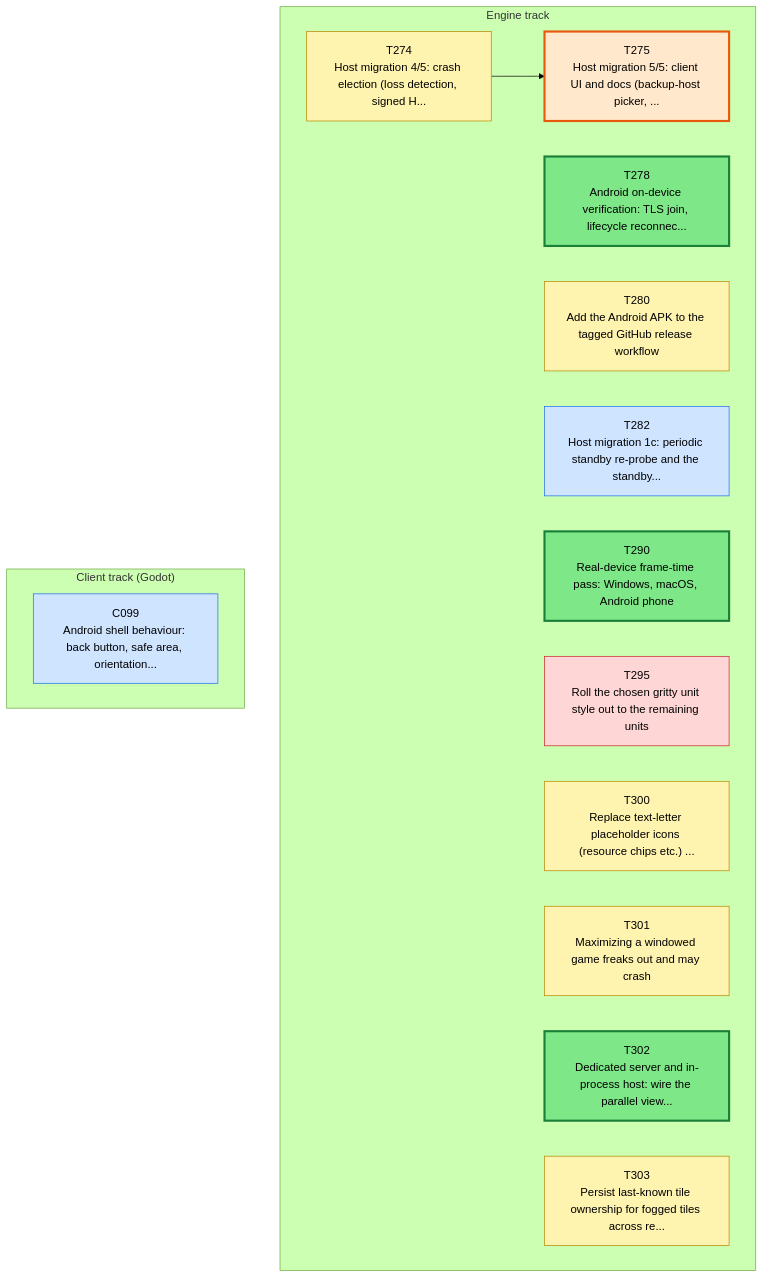
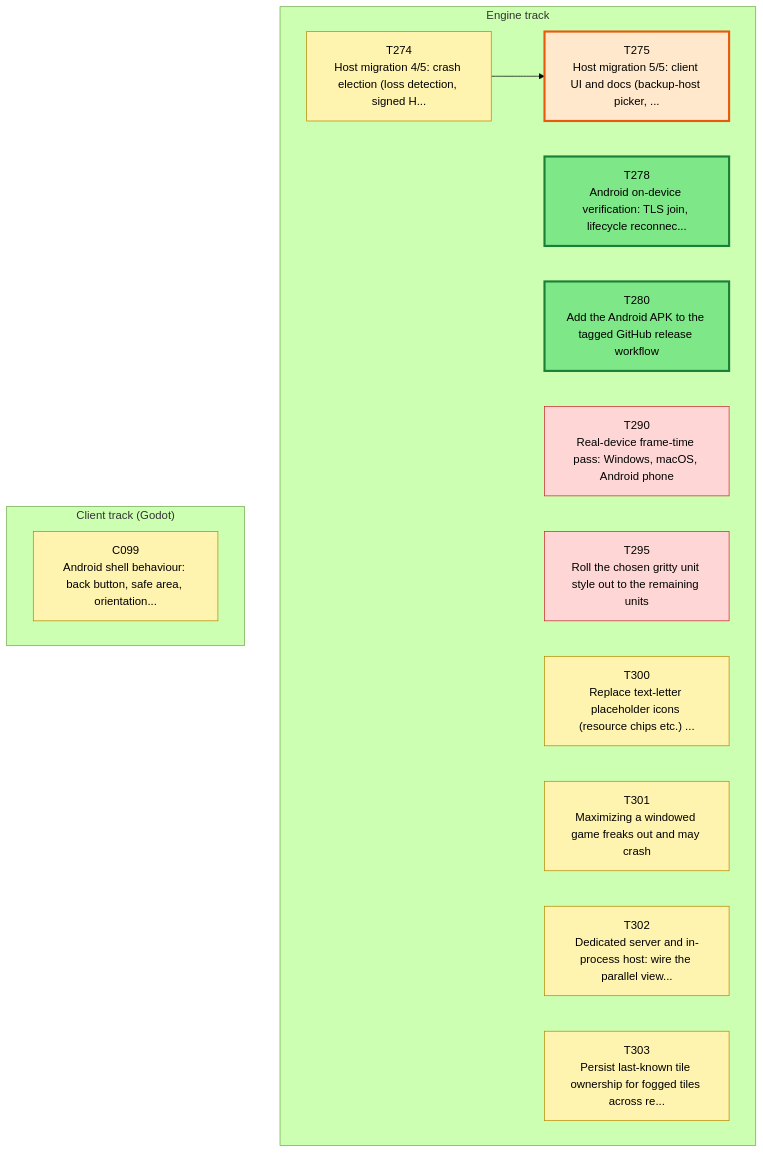
The first of 3 diagrams in csharp/migration/DEPENDENCY_MAP.md (Kenmura/Unciv), drawn with Mermaid (forest theme) before and after one commit. The commit also changed other lines of this file and 1 other file, not shown here.

Commit message:
migration: review T282 pass [Claude]

````diff
--- a/csharp/migration/DEPENDENCY_MAP.md
+++ b/csharp/migration/DEPENDENCY_MAP.md
@@ -35,39 +35,37 @@
 ```mermaid
 flowchart TD
   subgraph TTRACK["Engine track"]
     T274["T274<br/>Host migration 4/5: crash election (loss detection, signed H..."]
     T275["T275<br/>Host migration 5/5: client UI and docs (backup-host picker, ..."]
     T278["T278<br/>Android on-device verification: TLS join, lifecycle reconnec..."]
     T280["T280<br/>Add the Android APK to the tagged GitHub release workflow"]
-    T282["T282<br/>Host migration 1c: periodic standby re-probe and the standby..."]
     T290["T290<br/>Real-device frame-time pass: Windows, macOS, Android phone"]
     T295["T295<br/>Roll the chosen gritty unit style out to the remaining units"]
     T300["T300<br/>Replace text-letter placeholder icons (resource chips etc.) ..."]
     T301["T301<br/>Maximizing a windowed game freaks out and may crash"]
     T302["T302<br/>Dedicated server and in-process host: wire the parallel view..."]
     T303["T303<br/>Persist last-known tile ownership for fogged tiles across re..."]
   end
   subgraph CTRACK["Client track (Godot)"]
     C099["C099<br/>Android shell behaviour: back button, safe area, orientation..."]
   end
   T274 --> T275
   classDef waiting fill:#f3faf3,stroke:#9bc49b,color:#555,stroke-dasharray:2 2
   classDef ondeck fill:#ffe8cc,stroke:#e8590c,stroke-width:3px,color:#000
   classDef ready fill:#7ee787,stroke:#1a7f37,stroke-width:3px,color:#000
   classDef prog fill:#fff3b0,stroke:#b58900,color:#000
   classDef review fill:#cfe4ff,stroke:#1f6feb,color:#000
   classDef blocked fill:#ffd6d6,stroke:#c62828,color:#000
   classDef done fill:#eeeeee,stroke:#999999,color:#666,stroke-dasharray:4 3
-  class C099 review
+  class C099 prog
   class T274 prog
   class T275 ondeck
   class T278 ready
-  class T280 prog
-  class T282 review
-  class T290 ready
+  class T280 ready
+  class T290 blocked
   class T295 blocked
   class T300 prog
   class T301 prog
-  class T302 ready
+  class T302 prog
   class T303 prog
 ```
````
